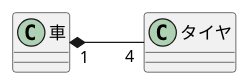
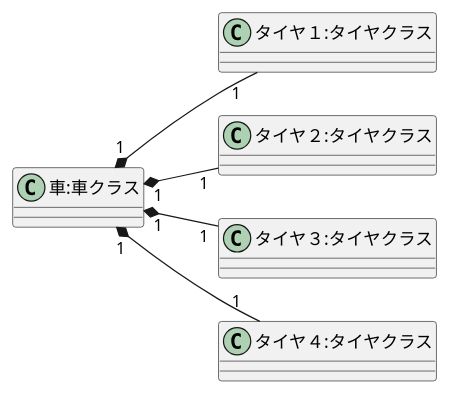
The diagram in 演習3-4_クラス図.pu (itouayumu/uml-introduction-), drawn with PlantUML before and after one commit.

Commit message:
修正

```diff
--- a/演習3-4_クラス図.pu
+++ b/演習3-4_クラス図.pu
@@ -1,7 +1,13 @@
 @startuml
 left to right direction
 
-class 車{}
-class タイヤ{}
-車 "1" *--"4"タイヤ
+class "車:車クラス" as a1{} 
+class "タイヤ１:タイヤクラス" as a2{} 
+class "タイヤ２:タイヤクラス" as a3{}
+class "タイヤ３:タイヤクラス" as a4{} 
+class "タイヤ４:タイヤクラス" as a5{} 
+a1  "1" *--"1"a2
+a1  "1" *--"1"a3
+a1  "1" *--"1"a4
+a1  "1" *--"1"a5
 @enduml
```
